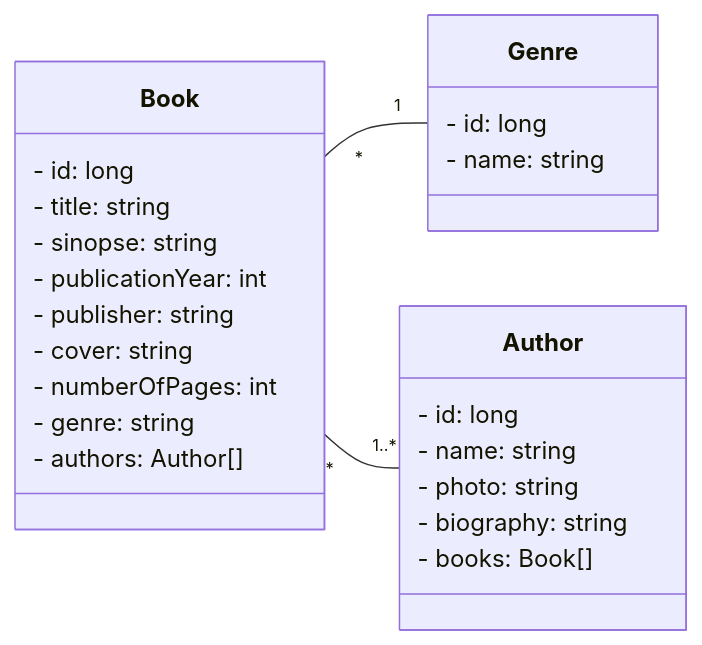
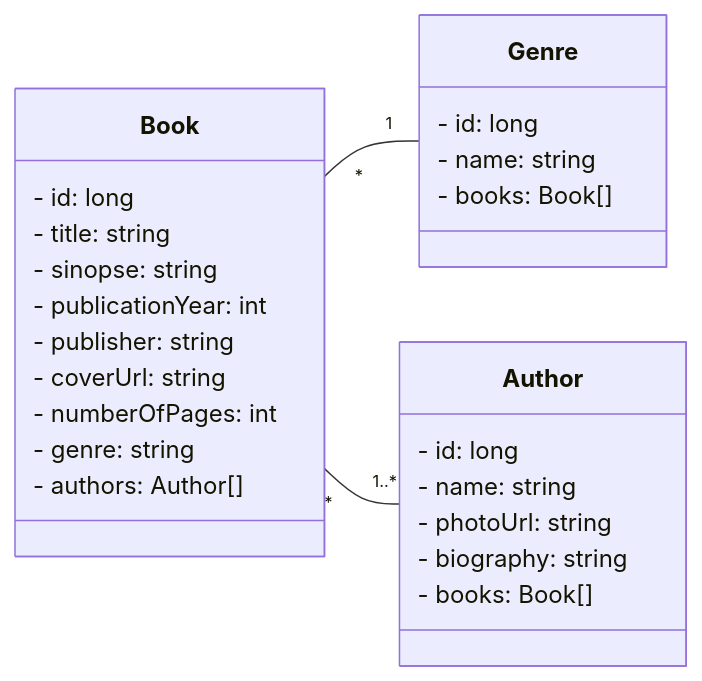
The diagram in README.md (jonasmzsouza/dio-bookshelf-api), drawn with Mermaid before and after one commit. The commit also changed 3 other files, not shown here.

````diff
--- a/README.md
+++ b/README.md
@@ -25,31 +25,32 @@
 ```mermaid
 classDiagram
     direction LR
     class Book {
       - id: long
       - title: string
       - sinopse: string
       - publicationYear: int
       - publisher: string
-      - cover: string
+      - coverUrl: string
       - numberOfPages: int
       - genre: string
       - authors: Author[]
     }
     
     class Genre {
       - id: long
       - name: string
+      - books: Book[]
     }
     
     class Author {
       - id: long
       - name: string
-      - photo: string
+      - photoUrl: string
       - biography: string
       - books: Book[]
     }
 
     Book "*" -- "1" Genre
     Book "*" -- "1..*" Author
 ```
````
